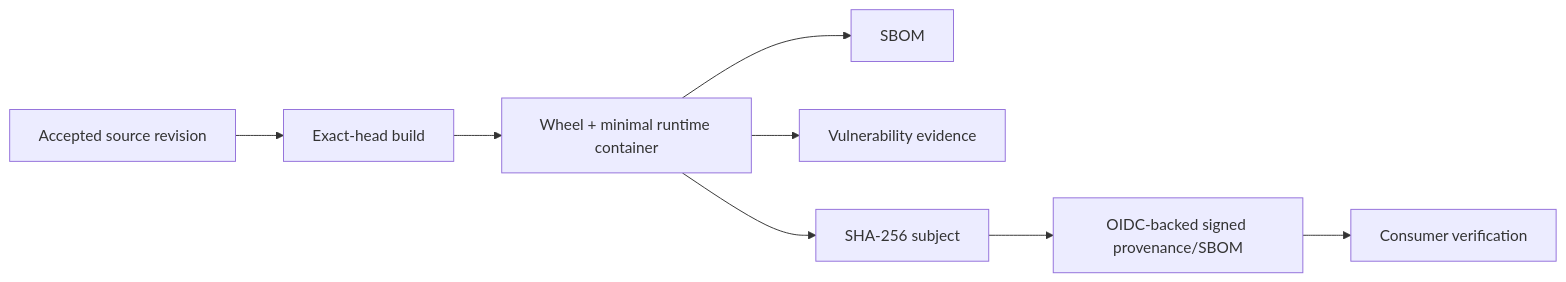
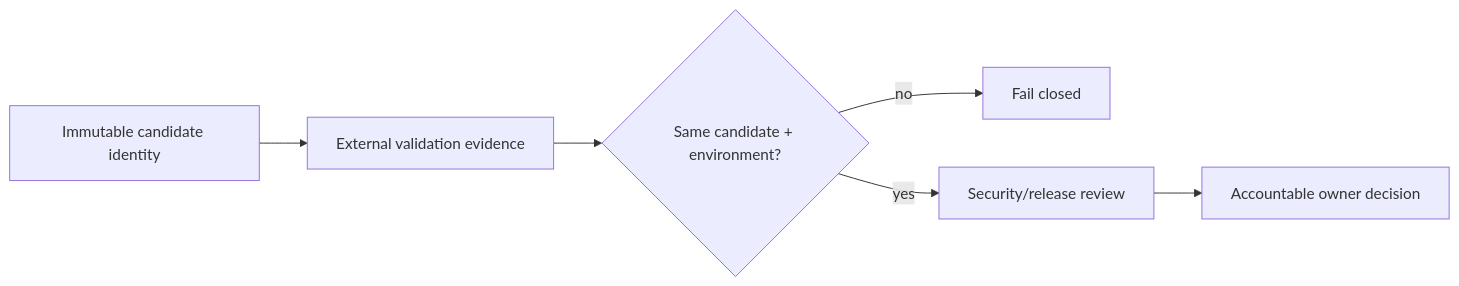
The diagram in docs/security/SECURITY_OVERVIEW.md (GJvManen/dtmo), drawn with Mermaid before and after one commit. The commit also changed other lines of this file, not shown here.

Commit message:
docs: reconcile security overview to Phase 11.10

````diff
--- a/docs/security/SECURITY_OVERVIEW.md
+++ b/docs/security/SECURITY_OVERVIEW.md
@@ -44,10 +42,8 @@
 ```mermaid
 flowchart LR
-    S[Accepted source revision] --> B[Exact-head build]
-    B --> A[Wheel + minimal runtime container]
-    A --> SB[SBOM]
-    A --> V[Vulnerability evidence]
-    A --> H[SHA-256 subject]
-    H --> P[OIDC-backed signed provenance/SBOM]
-    P --> C[Consumer verification]
+    I[Immutable candidate identity] --> E[External validation evidence]
+    E --> C{Same candidate + environment?}
+    C -->|no| B[Fail closed]
+    C -->|yes| R[Security/release review]
+    R --> O[Accountable owner decision]
 ```
````
